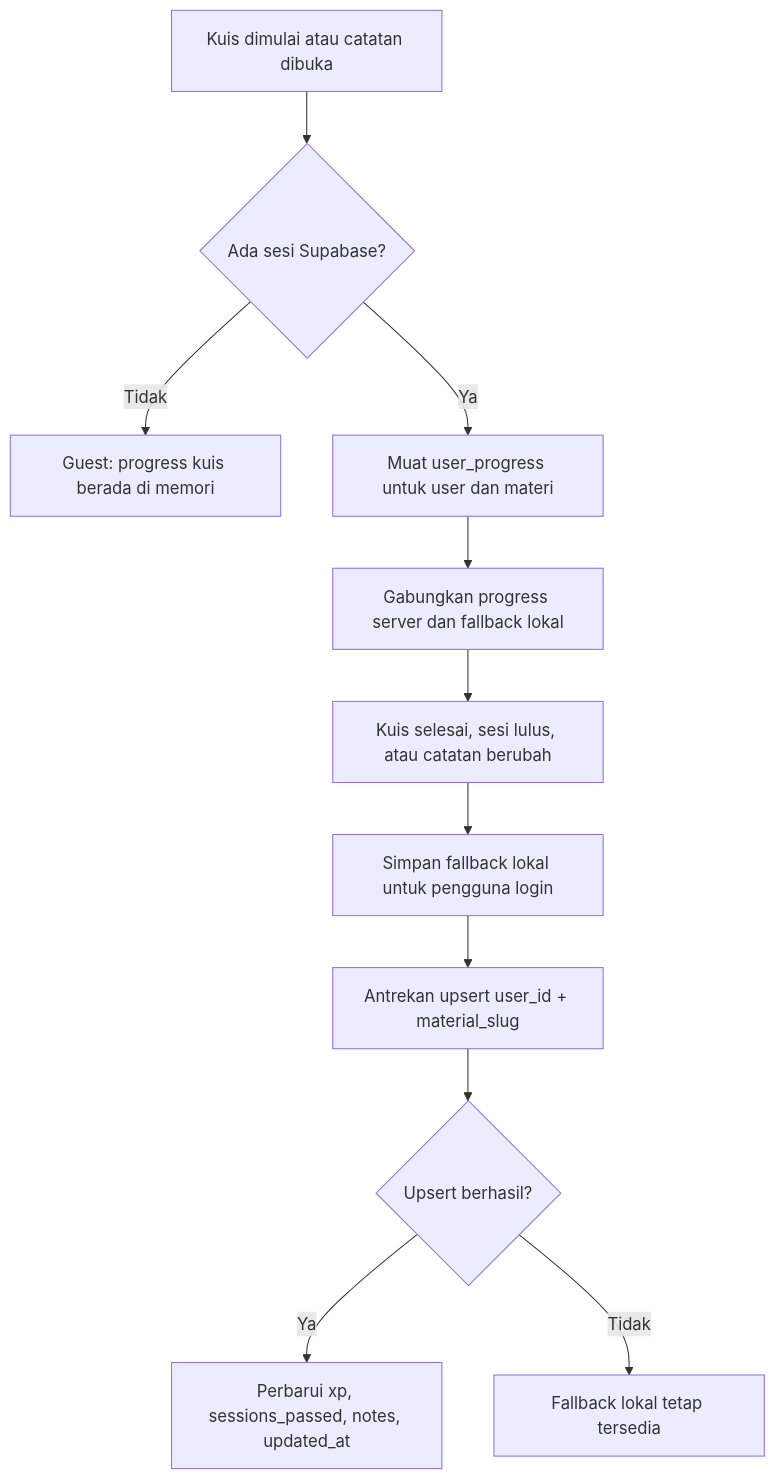
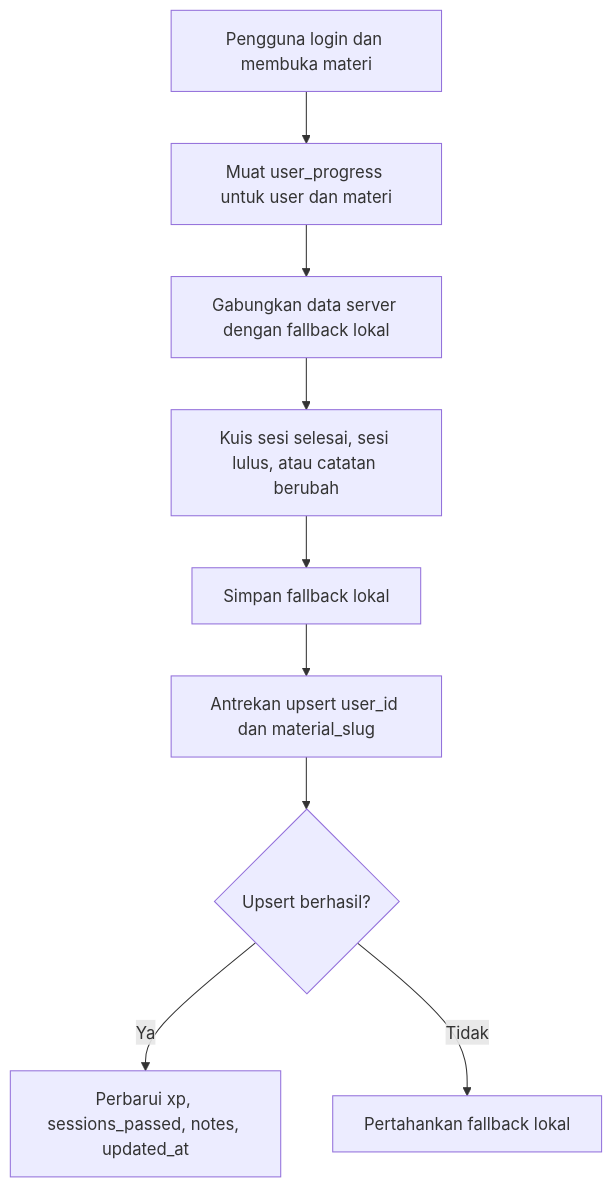
One commit to nandayudhistirawibowo/NdUniverse changed the fifth of 5 diagrams in FLOWCHART.md. Above: the diagram before and after it, drawn with Mermaid. The commit also changed other lines of this file and 2 other files, not shown here.

Commit message:
docs: total rebranding PRD, ERD, FLOWCHART untuk pengguna umum & fitur baru

````diff
--- a/FLOWCHART.md
+++ b/FLOWCHART.md
@@ -104,13 +93,11 @@
 ```mermaid
 flowchart TD
-    A[Kuis dimulai atau catatan dibuka] --> B{Ada sesi Supabase?}
-    B -->|Tidak| C[Guest: progress kuis berada di memori]
-    B -->|Ya| D[Muat user_progress untuk user dan materi]
-    D --> E[Gabungkan progress server dan fallback lokal]
-    E --> F[Kuis selesai, sesi lulus, atau catatan berubah]
-    F --> G[Simpan fallback lokal untuk pengguna login]
-    G --> H[Antrekan upsert user_id + material_slug]
-    H --> I{Upsert berhasil?}
-    I -->|Ya| J[Perbarui xp, sessions_passed, notes, updated_at]
-    I -->|Tidak| K[Fallback lokal tetap tersedia]
+    A[Pengguna login dan membuka materi] --> B[Muat user_progress untuk user dan materi]
+    B --> C[Gabungkan data server dengan fallback lokal]
+    C --> D[Kuis sesi selesai, sesi lulus, atau catatan berubah]
+    D --> E[Simpan fallback lokal]
+    E --> F[Antrekan upsert user_id dan material_slug]
+    F --> G{Upsert berhasil?}
+    G -->|Ya| H[Perbarui xp, sessions_passed, notes, updated_at]
+    G -->|Tidak| I[Pertahankan fallback lokal]
 ```
````
